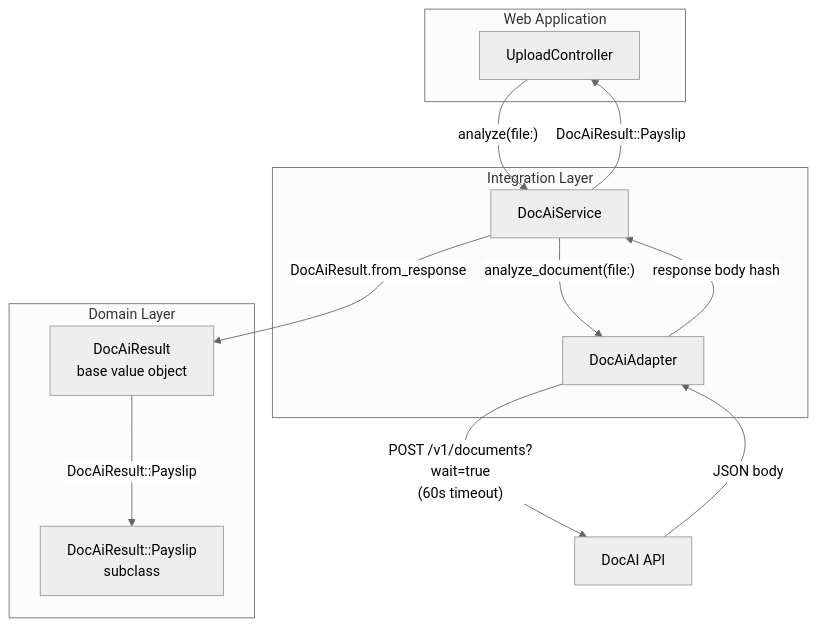
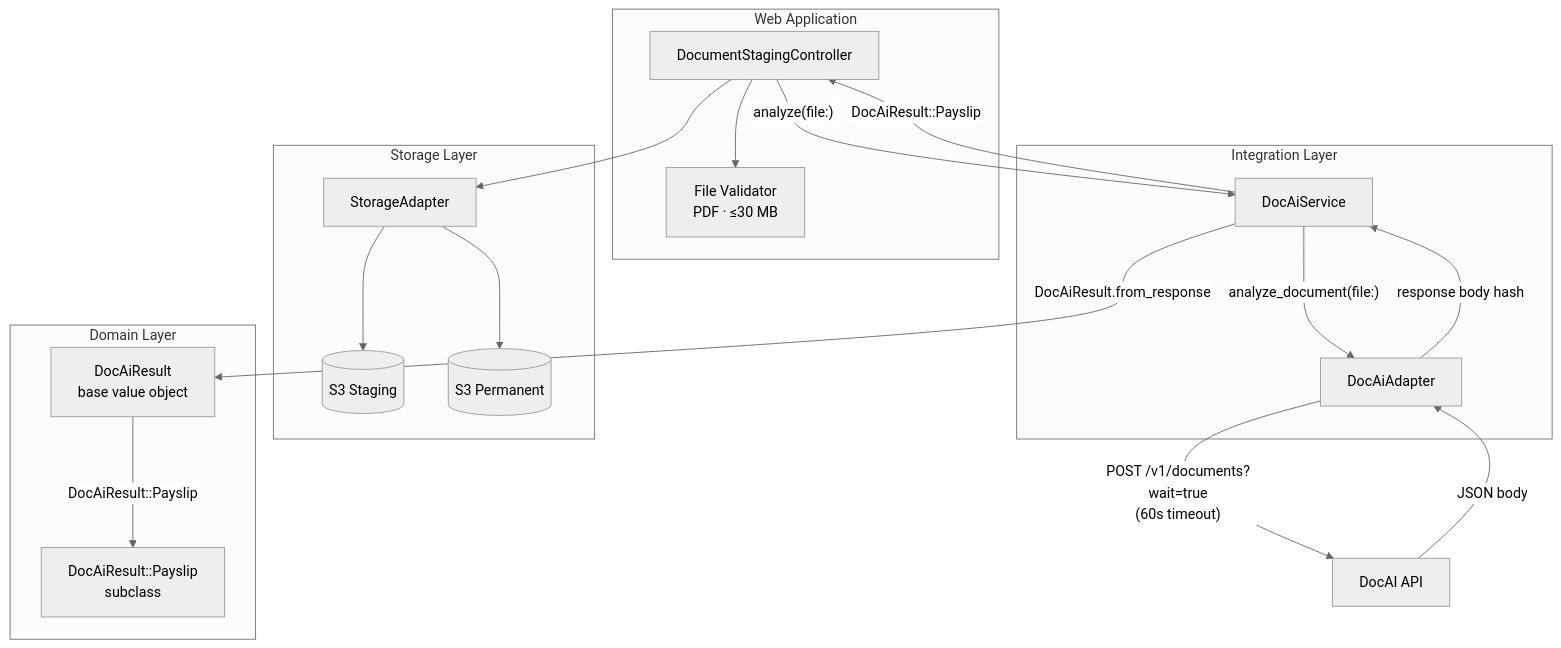
Before and after one commit to navapbc/oscer: the fifth of 5 diagrams in docs/architecture/doc-ai-integration/doc-ai-api.md, drawn with Mermaid (neutral theme). The commit also changed other lines of this file, not shown here.

Commit message:
Revise with thoughts on staging in S3

````diff
--- a/docs/architecture/doc-ai-integration/doc-ai-api.md
+++ b/docs/architecture/doc-ai-integration/doc-ai-api.md
@@ -81,25 +143,36 @@
 ```mermaid
 flowchart TB
     subgraph web [Web Application]
-        Controller[UploadController]
+        Controller[DocumentStagingController]
+        Validator[File Validator\nPDF · ≤30 MB]
+    end
+
+    subgraph storage [Storage Layer]
+        StorageAdapter[StorageAdapter]
+        S3Staging[(S3 Staging)]
+        S3Perm[(S3 Permanent)]
     end
 
     subgraph integration [Integration Layer]
         Service[DocAiService]
         Adapter[DocAiAdapter]
     end
 
     subgraph domain [Domain Layer]
         Result[DocAiResult\nbase value object]
         Payslip[DocAiResult::Payslip\nsubclass]
     end
 
+    Controller --> Validator
+    Controller --> StorageAdapter
+    StorageAdapter --> S3Staging
+    StorageAdapter --> S3Perm
     Controller -->|"analyze(file:)"| Service
     Service -->|"analyze_document(file:)"| Adapter
     Adapter -->|"POST /v1/documents?wait=true\n(60s timeout)"| DocAI[DocAI API]
     DocAI -->|"JSON body"| Adapter
     Adapter -->|"response body hash"| Service
     Service -->|"DocAiResult.from_response"| Result
     Result -->|"DocAiResult::Payslip"| Payslip
     Service -->|"DocAiResult::Payslip"| Controller
 ```
````
